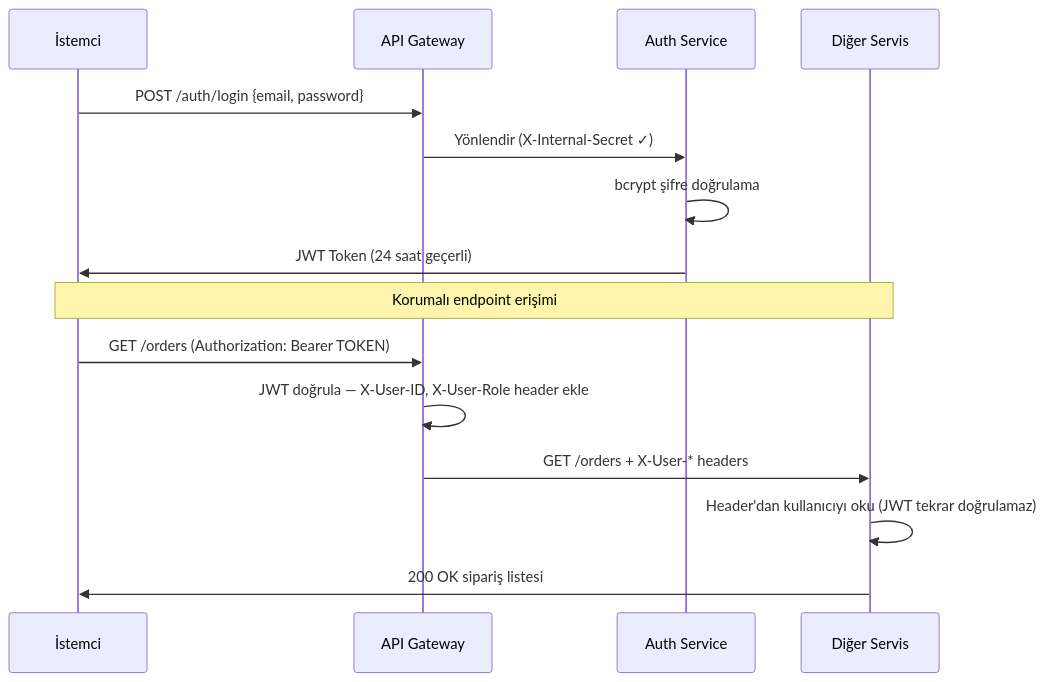
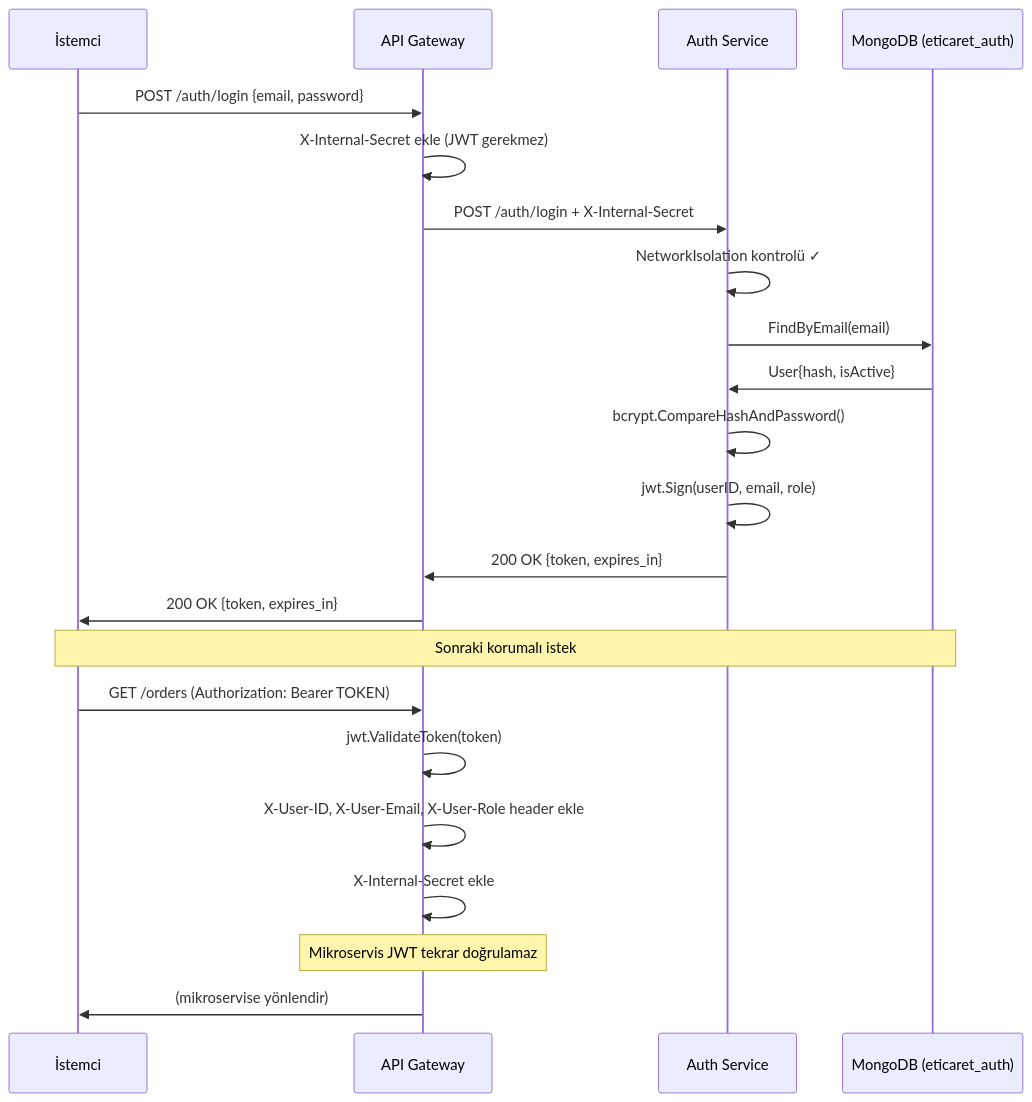
Before and after one commit to eyupcanpolat/E-Commerce_Microservices_Website: the eighth of 13 diagrams in go-backend/README.md, drawn with Mermaid. The commit also changed other lines of this file, not shown here.

````diff
--- a/go-backend/README.md
+++ b/go-backend/README.md
@@ -76,20 +355,27 @@
 ```mermaid
 sequenceDiagram
     participant C as İstemci
     participant GW as API Gateway
     participant AUTH as Auth Service
-    participant SVC as Diğer Servis
+    participant DB as MongoDB (eticaret_auth)
 
     C->>GW: POST /auth/login {email, password}
-    GW->>AUTH: Yönlendir (X-Internal-Secret ✓)
-    AUTH->>AUTH: bcrypt şifre doğrulama
-    AUTH->>C: JWT Token (24 saat geçerli)
+    GW->>GW: X-Internal-Secret ekle (JWT gerekmez)
+    GW->>AUTH: POST /auth/login + X-Internal-Secret
+    AUTH->>AUTH: NetworkIsolation kontrolü ✓
+    AUTH->>DB: FindByEmail(email)
+    DB->>AUTH: User{hash, isActive}
+    AUTH->>AUTH: bcrypt.CompareHashAndPassword()
+    AUTH->>AUTH: jwt.Sign(userID, email, role)
+    AUTH->>GW: 200 OK {token, expires_in}
+    GW->>C: 200 OK {token, expires_in}
 
-    Note over C,SVC: Korumalı endpoint erişimi
+    Note over C,DB: Sonraki korumalı istek
 
     C->>GW: GET /orders (Authorization: Bearer TOKEN)
-    GW->>GW: JWT doğrula — X-User-ID, X-User-Role header ekle
-    GW->>SVC: GET /orders + X-User-* headers
-    SVC->>SVC: Header'dan kullanıcıyı oku (JWT tekrar doğrulamaz)
-    SVC->>C: 200 OK sipariş listesi
+    GW->>GW: jwt.ValidateToken(token)
+    GW->>GW: X-User-ID, X-User-Email, X-User-Role header ekle
+    GW->>GW: X-Internal-Secret ekle
+    Note over GW: Mikroservis JWT tekrar doğrulamaz
+    GW->>C: (mikroservise yönlendir)
 ```
````
